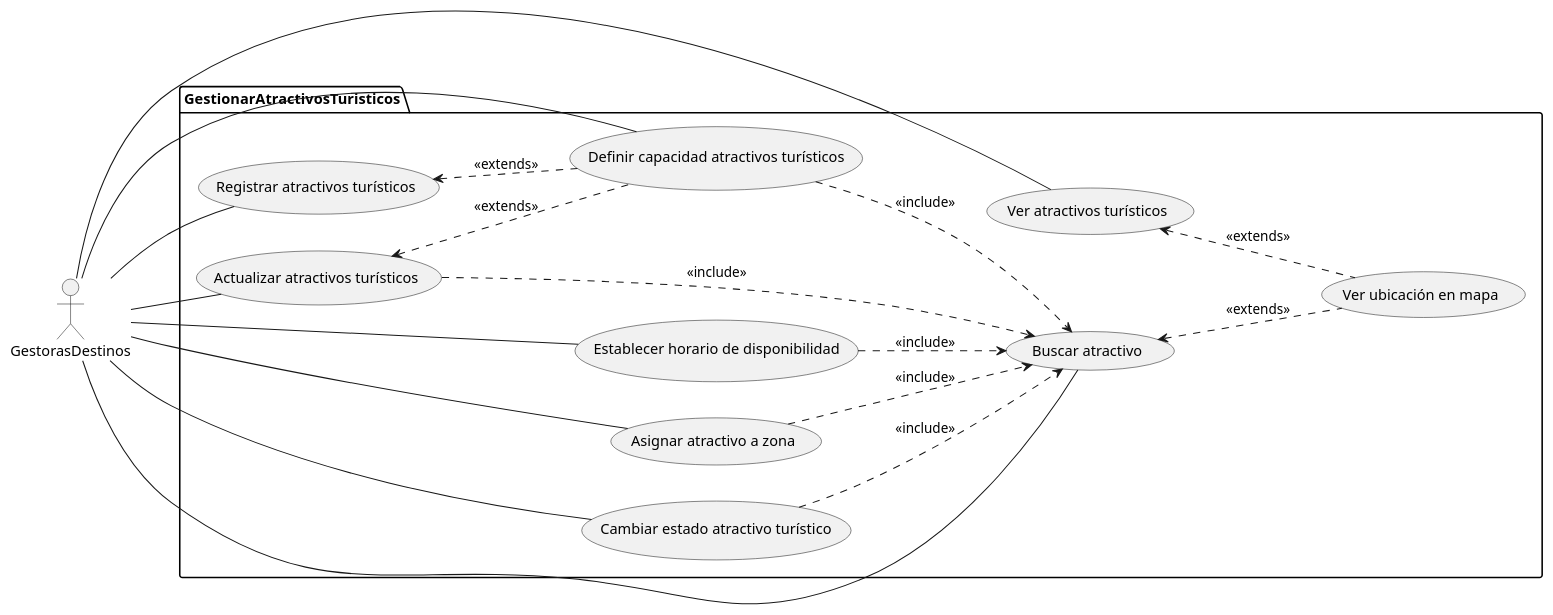
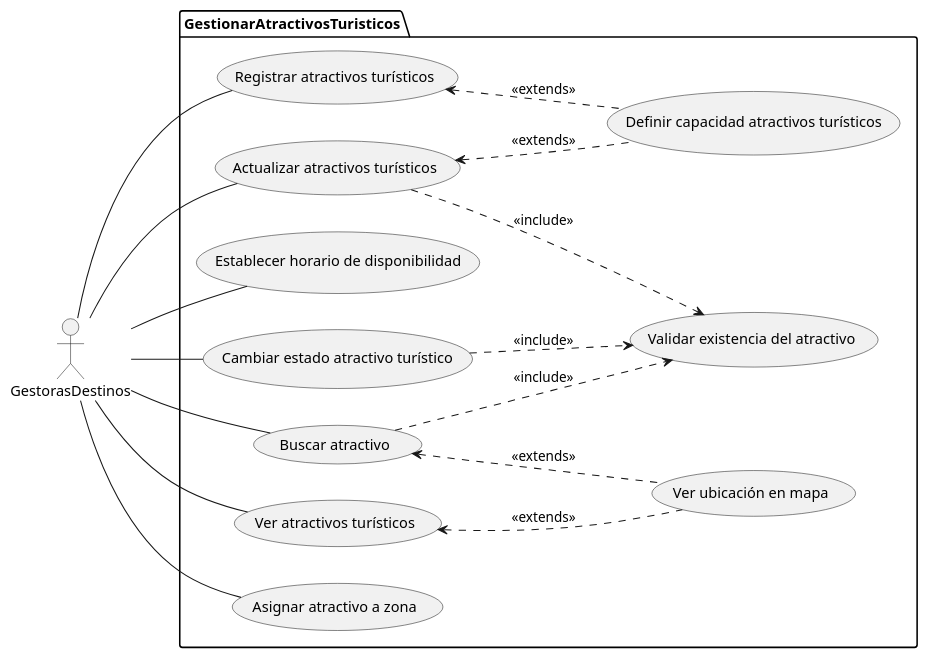
The diagram in docs/modelos/uc-lvl-1/gestionar-atractivos/gestoras-diagrama.puml (xdark-nessx20/SM-Xplore), drawn with PlantUML before and after one commit. The commit also changed 3 other files, not shown here.

Commit message:
Fix: applying fixes to use-cases diagrams level one suggested by the professor.

```diff
--- a/docs/modelos/uc-lvl-1/gestionar-atractivos/gestoras-diagrama.puml
+++ b/docs/modelos/uc-lvl-1/gestionar-atractivos/gestoras-diagrama.puml
@@ -1,39 +1,38 @@
 @startuml
 
 left to right direction
 
 actor GestorasDestinos as G
 
 package GestionarAtractivosTuristicos {
     usecase "Registrar atractivos turísticos" as UC1
     usecase "Actualizar atractivos turísticos" as UC2
     usecase "Establecer horario de disponibilidad" as UC3
-    usecase "Ver atractivos turísticos" as UC4
-    usecase "Cambiar estado atractivo turístico" as UC5
-    usecase "Definir capacidad atractivos turísticos" as UC6
+    usecase "Buscar atractivo" as UC4
+    usecase "Ver atractivos turísticos" as UC5
+    usecase "Cambiar estado atractivo turístico" as UC6
     usecase "Asignar atractivo a zona" as UC7
-    usecase "Buscar atractivo" as UC8
+
+    usecase "Definir capacidad atractivos turísticos" as UC8
     usecase "Ver ubicación en mapa" as UC9
+    usecase "Validar existencia del atractivo" as UC10
 }
 
 G -- UC1
 G -- UC2
 G -- UC3
 G -- UC4
 G -- UC5
 G -- UC6
 G -- UC7
-G -- UC8
 
-UC2 ..> UC8 : <<include>>
-UC3 ..> UC8 : <<include>>
-UC5 ..> UC8 : <<include>>
-UC6 ..> UC8 : <<include>>
-UC7 ..> UC8 : <<include>>
+UC1 <.. UC8 : <<extends>>
+UC2 <.. UC8 : <<extends>>
+UC4 <.. UC9 : <<extends>>
+UC5 <.. UC9 : <<extends>>
 
-UC1 <.. UC6 : <<extends>>
-UC2 <.. UC6 : <<extends>>
-UC4 <.. UC9 : <<extends>>
-UC8 <.. UC9 : <<extends>>
+UC2 ..> UC10 : <<include>>
+UC4 ..> UC10 : <<include>>
+UC6 ..> UC10 : <<include>>
 
 @enduml
```
